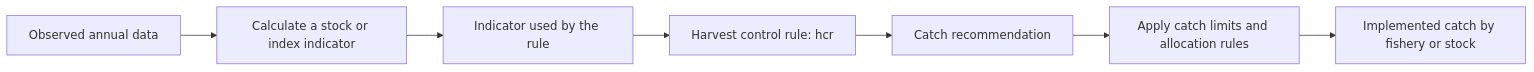
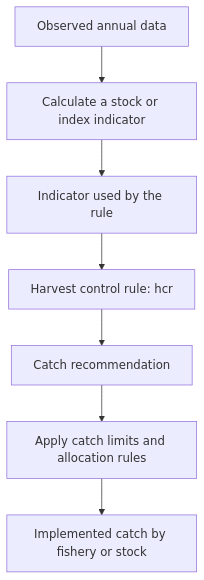
Before and after one commit to SPRFMO/jmMSE26: the diagram in doc/cmp/components.qmd, drawn with Mermaid. The commit also changed 3 other files, not shown here.

Commit message:
Make component flowchart vertical

````diff
--- a/doc/cmp/components.qmd
+++ b/doc/cmp/components.qmd
@@ -12,9 +12,9 @@
 ```{mermaid}
-flowchart LR
+flowchart TD
   D["Observed annual data"] --> E["Calculate a stock or index indicator"]
   E --> S["Indicator used by the rule"]
   S --> H["Harvest control rule: hcr"]
   H --> R["Catch recommendation"]
   R --> I["Apply catch limits and allocation rules"]
   I --> A["Implemented catch by fishery or stock"]
 ```
````
